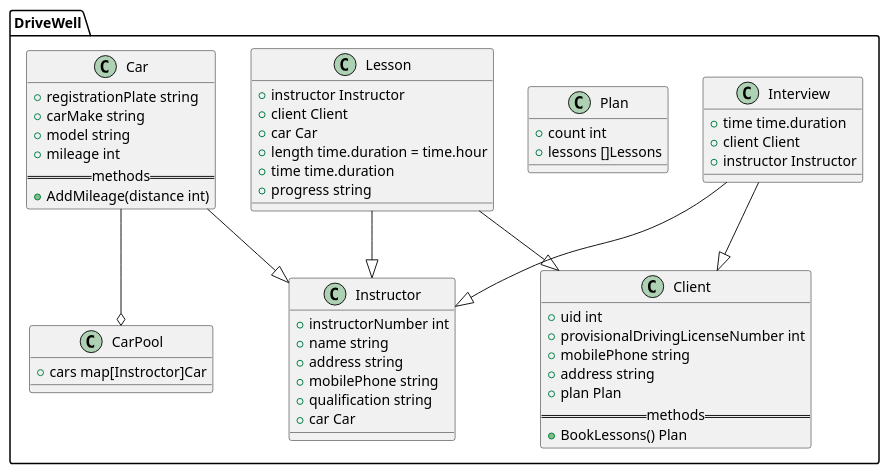
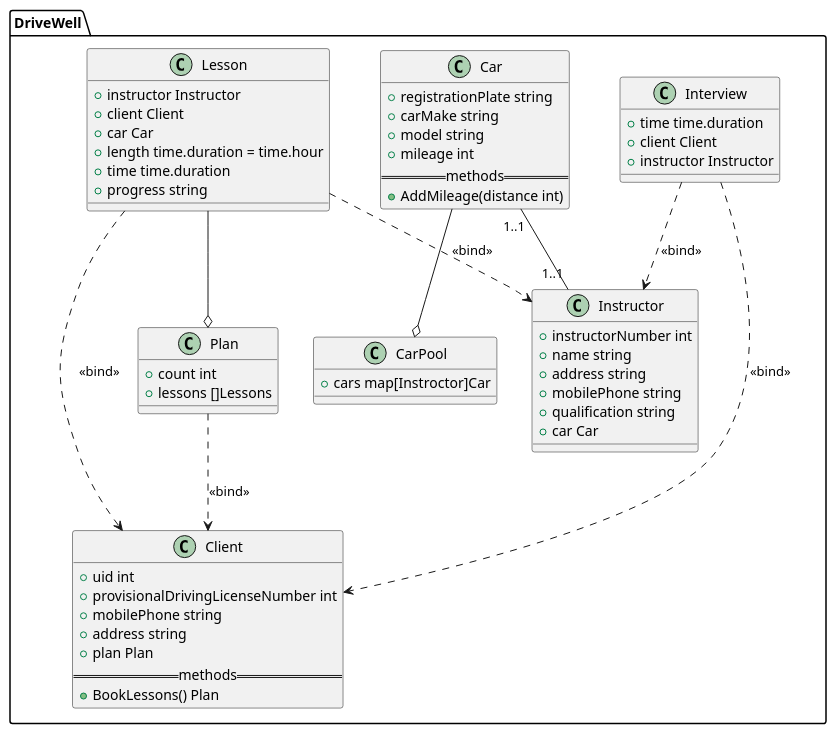
The second of 2 diagrams in CS335FZ-Software-Engineering-Software-Process/FinalExam/SUMMER 2019 EXAMINATION.md (Anxiu0101/Semester4LectureNotes), drawn with PlantUML before and after one commit.

Commit message:
vault backup: 2022-06-21 14:44:22

````diff
--- a/CS335FZ-Software-Engineering-Software-Process/FinalExam/SUMMER 2019 EXAMINATION.md
+++ b/CS335FZ-Software-Engineering-Software-Process/FinalExam/SUMMER 2019 EXAMINATION.md
@@ -39,61 +39,63 @@
 ```puml
 package DriveWell {
 	class Instructor {
 		+ instructorNumber int
 		+ name string
 		+ address string
 		+ mobilePhone string
 		+ qualification string
 		+ car Car
 	}
 	
 	class Interview {
 		+ time time.duration
 		+ client Client
 		+ instructor Instructor
 	}
-	Interview --|> Client
-	Interview --|> Instructor
+	Interview ..> Client: <<bind>>
+	Interview ..> Instructor: <<bind>>
 	
 	class Client {
 		+ uid int
 		+ provisionalDrivingLicenseNumber int
 		+ mobilePhone string
 		+ address string
 		+ plan Plan
 		== methods ==
 		+ BookLessons() Plan
 	}
 	
 	class Plan {
 		+ count int
 		+ lessons []Lessons
 	}
+	Plan ..> Client: <<bind>>
 	
 	class Lesson {
 		+ instructor Instructor
 		+ client Client
 		+ car Car
 		+ length time.duration = time.hour
 		+ time time.duration
 		+ progress string
 	}
-	Lesson --|> Client
-	Lesson --|> Instructor
+	Lesson ..> Client: <<bind>>
+	Lesson ..> Instructor: <<bind>>
+	Lesson --o Plan
 	
 	class Car {
 		+ registrationPlate string
 		+ carMake string
 		+ model string
 		+ mileage int
 		== methods ==
 		+ AddMileage(distance int)
 	}
-	Car --|> Instructor
+	Car "1..1"--"1..1" Instructor
+	Car --o CarPool
 	
 	class CarPool {
 		+ cars map[Instroctor]Car
 	}
-	Car --o CarPool
 }
 ```
````
